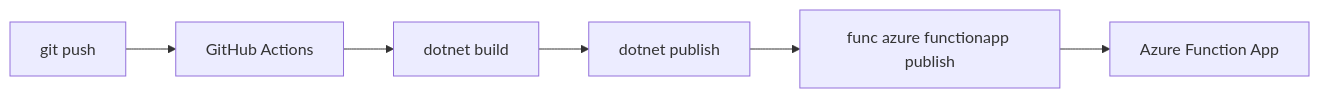
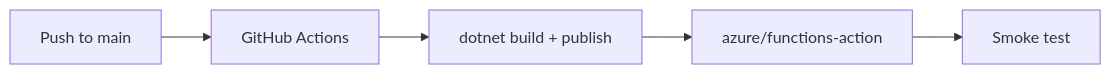
One commit to yeongseon/azure-functions-practical-guide changed the diagram in docs/language-guides/dotnet/tutorial/flex-consumption/06-ci-cd.md. Above: the diagram before and after it, drawn with Mermaid. The commit also changed other lines of this file and 7 other files, not shown here.

````diff
--- a/docs/language-guides/dotnet/tutorial/flex-consumption/06-ci-cd.md
+++ b/docs/language-guides/dotnet/tutorial/flex-consumption/06-ci-cd.md
@@ -92,8 +34,7 @@
 ```mermaid
 flowchart LR
-    A[git push] --> B[GitHub Actions]
-    B --> C[dotnet build]
-    C --> D[dotnet publish]
-    D --> E[func azure functionapp publish]
-    E --> F[Azure Function App]
+    A[Push to main] --> B[GitHub Actions]
+    B --> C[dotnet build + publish]
+    C --> D[azure/functions-action]
+    D --> E[Smoke test]
 ```
````
